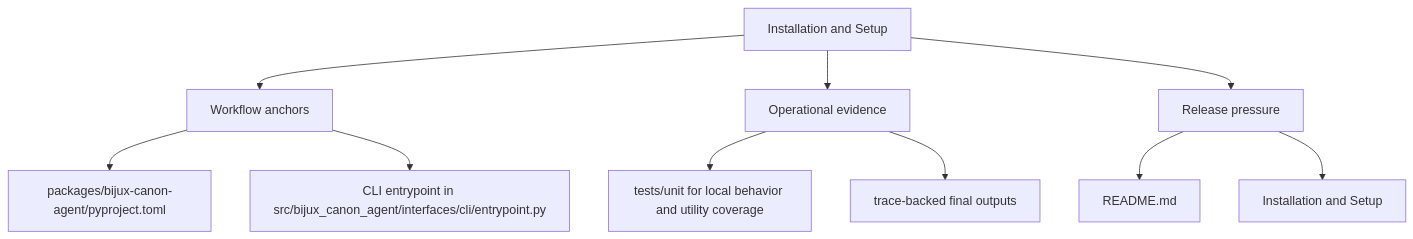
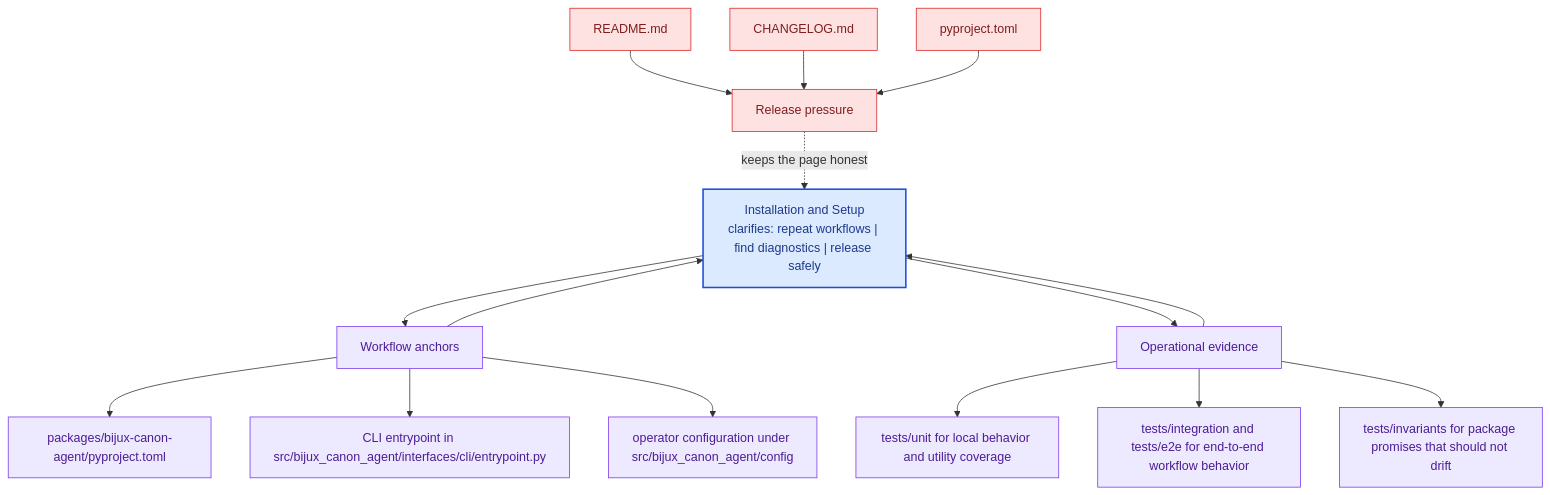
The second of 2 diagrams in docs/bijux-canon-agent/operations/installation-and-setup.md (bijux/bijux-canon), drawn with Mermaid before and after one commit. The commit also changed other lines of this file and 281 other files, not shown here.

Commit message:
docs(diagrams): deepen handbook mermaid maps across the catalog

````diff
--- a/docs/bijux-canon-agent/operations/installation-and-setup.md
+++ b/docs/bijux-canon-agent/operations/installation-and-setup.md
@@ -35,22 +68,41 @@
 ```mermaid
-flowchart TD
-    page["Installation and Setup"]
+flowchart TB
+    promise["Installation and Setup<br/>clarifies: repeat workflows | find diagnostics | release safely"]
+    classDef promise fill:#dbeafe,stroke:#1d4ed8,color:#1e3a8a,stroke-width:2px;
+    classDef driver fill:#dcfce7,stroke:#16a34a,color:#14532d;
+    classDef constraint fill:#fee2e2,stroke:#dc2626,color:#7f1d1d;
+    classDef ground fill:#ede9fe,stroke:#7c3aed,color:#4c1d95;
     focus1["Workflow anchors"]
-    page --> focus1
+    focus1 --> promise
+    promise --> focus1
     focus1_1["packages/bijux-canon-agent/pyproject.toml"]
     focus1 --> focus1_1
     focus1_2["CLI entrypoint in src/bijux_canon_agent/interfaces/cli/entrypoint.py"]
     focus1 --> focus1_2
+    focus1_3["operator configuration under src/bijux_canon_agent/config"]
+    focus1 --> focus1_3
+    class focus1 ground;
+    class focus1_1,focus1_2,focus1_3 ground;
     focus2["Operational evidence"]
-    page --> focus2
+    focus2 --> promise
+    promise --> focus2
     focus2_1["tests/unit for local behavior and utility coverage"]
     focus2 --> focus2_1
-    focus2_2["trace-backed final outputs"]
+    focus2_2["tests/integration and tests/e2e for end-to-end workflow behavior"]
     focus2 --> focus2_2
+    focus2_3["tests/invariants for package promises that should not drift"]
+    focus2 --> focus2_3
+    class focus2 ground;
+    class focus2_1,focus2_2,focus2_3 ground;
     focus3["Release pressure"]
-    page --> focus3
+    focus3 -.keeps the page honest.-> promise
     focus3_1["README.md"]
-    focus3 --> focus3_1
-    focus3_2["Installation and Setup"]
-    focus3 --> focus3_2
+    focus3_1 --> focus3
+    focus3_2["CHANGELOG.md"]
+    focus3_2 --> focus3
+    focus3_3["pyproject.toml"]
+    focus3_3 --> focus3
+    class focus3 constraint;
+    class focus3_1,focus3_2,focus3_3 constraint;
+    class promise promise;
 ```
````
